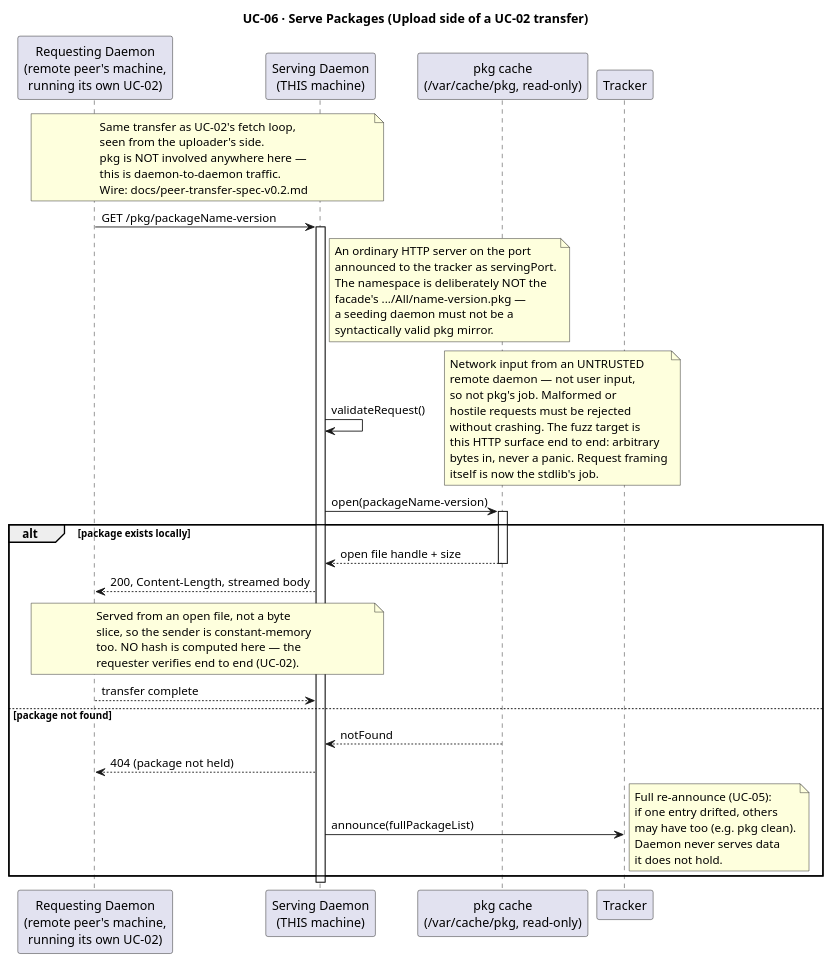
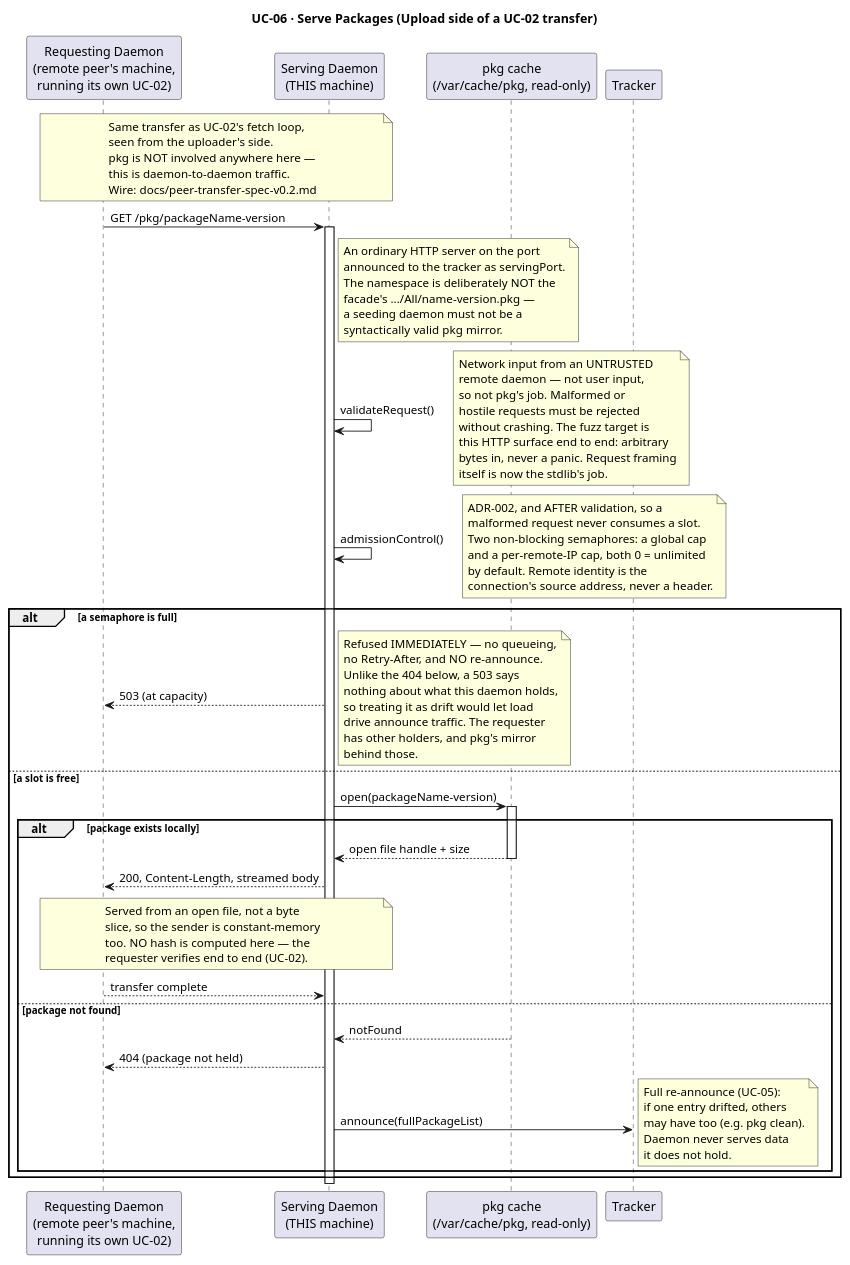
One commit to ndrew222/p2p-pkg-daemon changed the diagram in docs/uc-06.puml. Above: the diagram before and after it, drawn with PlantUML. The commit also changed 9 other files, not shown here.

```diff
--- a/docs/uc-06.puml
+++ b/docs/uc-06.puml
@@ -1,37 +1,47 @@
 @startuml
 title UC-06 · Serve Packages (Upload side of a UC-02 transfer)
  
 participant "Requesting Daemon\n(remote peer's machine,\nrunning its own UC-02)" as RemotePeer
 participant "Serving Daemon\n(THIS machine)" as Daemon
 participant "pkg cache\n(/var/cache/pkg, read-only)" as Cache
 participant Tracker
  
 note over RemotePeer, Daemon : Same transfer as UC-02's fetch loop,\nseen from the uploader's side.\npkg is NOT involved anywhere here —\nthis is daemon-to-daemon traffic.\nWire: docs/peer-transfer-spec-v0.2.md
 
 RemotePeer -> Daemon: GET /pkg/packageName-version
 activate Daemon
 note right of Daemon : An ordinary HTTP server on the port\nannounced to the tracker as servingPort.\nThe namespace is deliberately NOT the\nfacade's .../All/name-version.pkg —\na seeding daemon must not be a\nsyntactically valid pkg mirror.
 
 Daemon -> Daemon : validateRequest()
 note right : Network input from an UNTRUSTED\nremote daemon — not user input,\nso not pkg's job. Malformed or\nhostile requests must be rejected\nwithout crashing. The fuzz target is\nthis HTTP surface end to end: arbitrary\nbytes in, never a panic. Request framing\nitself is now the stdlib's job.
+
+Daemon -> Daemon : admissionControl()
+note right : ADR-002, and AFTER validation, so a\nmalformed request never consumes a slot.\nTwo non-blocking semaphores: a global cap\nand a per-remote-IP cap, both 0 = unlimited\nby default. Remote identity is the\nconnection's source address, never a header.
+
+alt a semaphore is full
+Daemon --> RemotePeer: 503 (at capacity)
+note right : Refused IMMEDIATELY — no queueing,\nno Retry-After, and NO re-announce.\nUnlike the 404 below, a 503 says\nnothing about what this daemon holds,\nso treating it as drift would let load\ndrive announce traffic. The requester\nhas other holders, and pkg's mirror\nbehind those.
+else a slot is free
 
 Daemon -> Cache: open(packageName-version)
 activate Cache
 
 alt package exists locally
 Cache --> Daemon: open file handle + size
 deactivate Cache
 Daemon --> RemotePeer: 200, Content-Length, streamed body
 note over Daemon, RemotePeer: Served from an open file, not a byte\nslice, so the sender is constant-memory\ntoo. NO hash is computed here — the\nrequester verifies end to end (UC-02).
 RemotePeer --> Daemon : transfer complete
 
 else package not found
 Cache --> Daemon: notFound
 deactivate Cache
 Daemon --> RemotePeer: 404 (package not held)
 Daemon -> Tracker: announce(fullPackageList)
 note right : Full re-announce (UC-05):\nif one entry drifted, others\nmay have too (e.g. pkg clean).\nDaemon never serves data\nit does not hold.
 end
- 
+
+end
+
 deactivate Daemon
 @enduml
```
